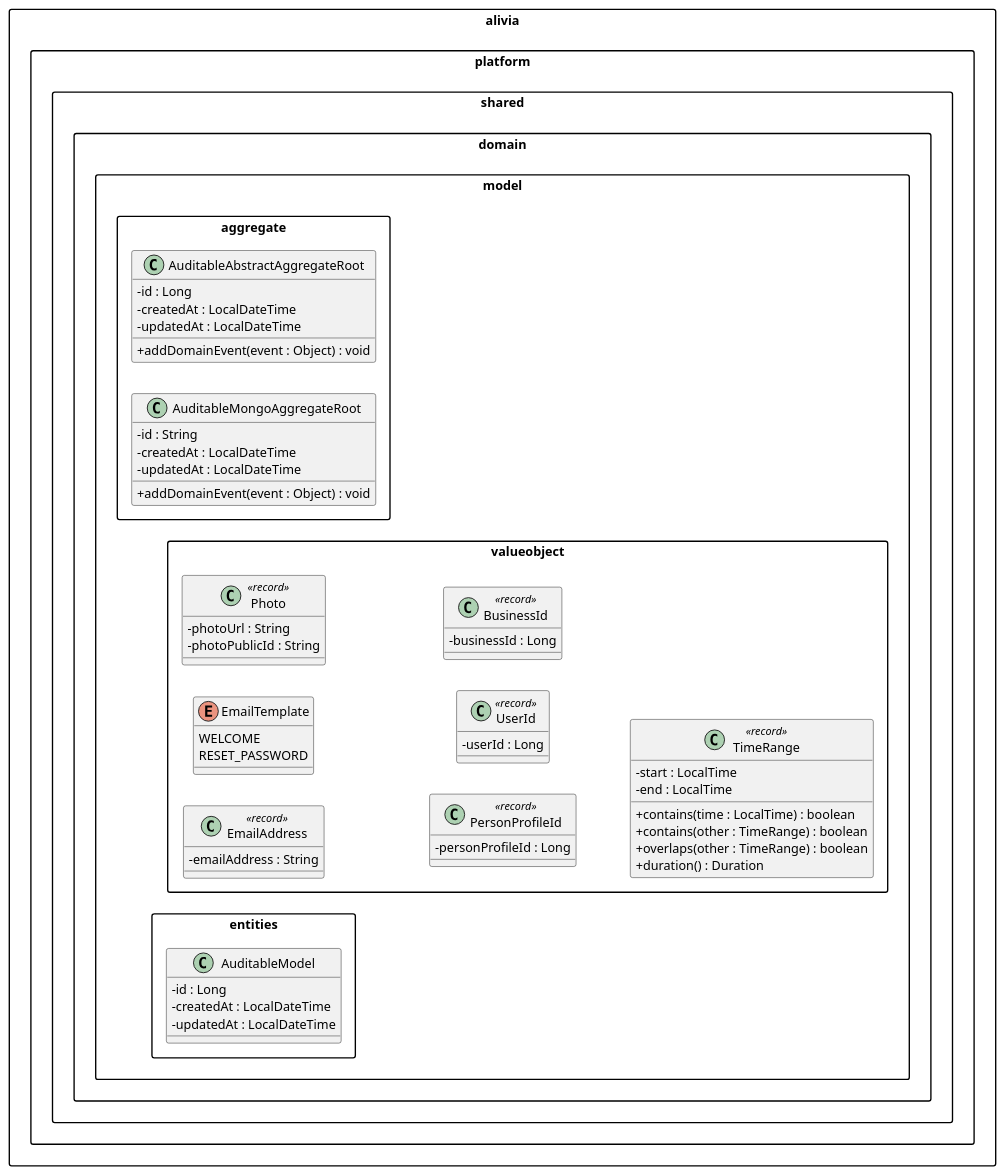
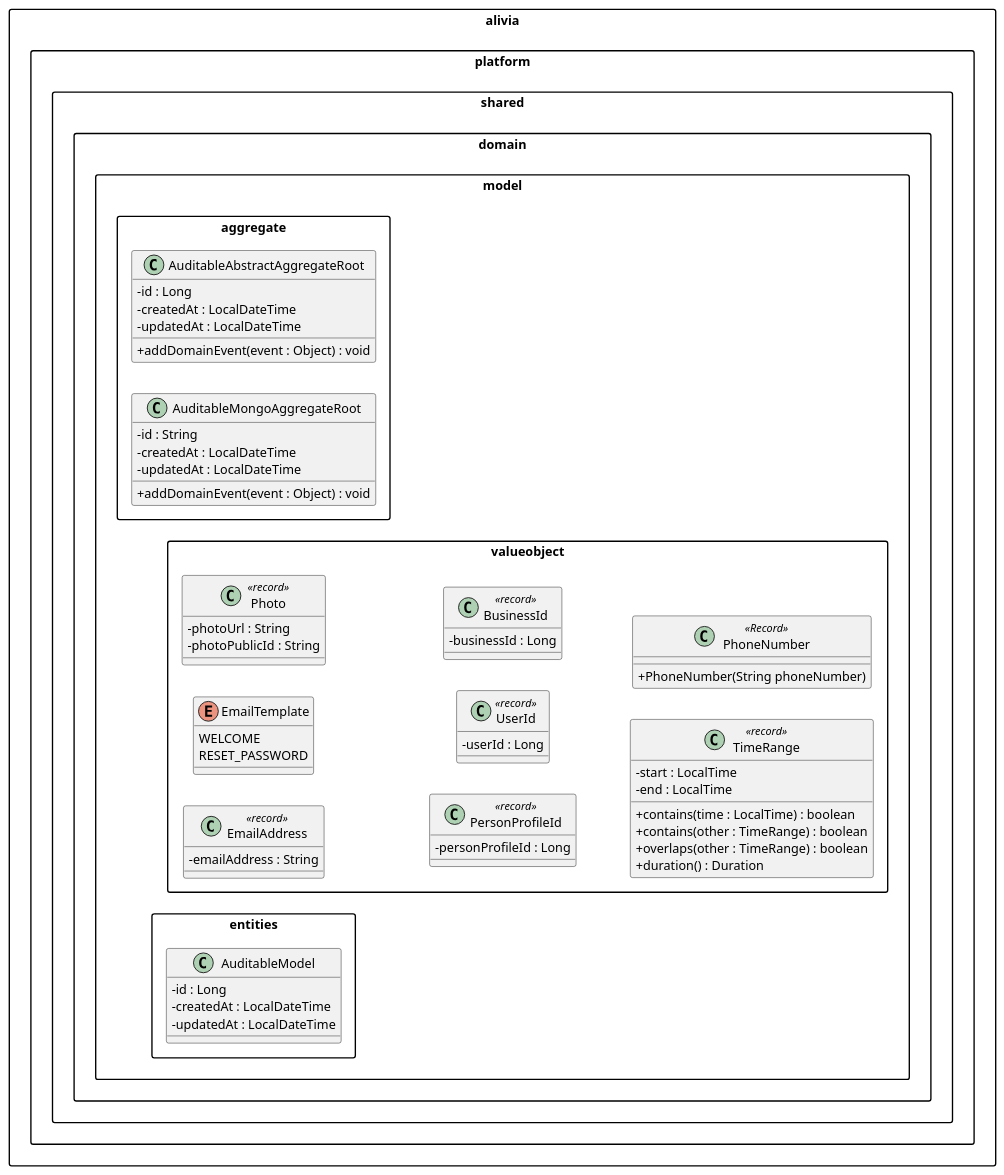
Before and after one commit to resolum/aliva-documentation: the diagram in images/diagrams/code/shared/shared-backend-diagram.puml, drawn with PlantUML. The commit also changed 1 other file, not shown here.

Commit message:
feat(domain-diagrams): enhance Profiles and shared backend diagrams with detailed attributes, commands, and value objects

```diff
--- a/images/diagrams/code/shared/shared-backend-diagram.puml
+++ b/images/diagrams/code/shared/shared-backend-diagram.puml
@@ -1,72 +1,76 @@
 @startuml
 skinparam classAttributeIconSize 0
 skinparam packageStyle rectangle
 left to right direction
 
 package alivia.platform.shared {
 
   package domain.model.aggregate {
 
     class AuditableAbstractAggregateRoot {
       - id : Long
       - createdAt : LocalDateTime
       - updatedAt : LocalDateTime
       + addDomainEvent(event : Object) : void
     }
 
     class AuditableMongoAggregateRoot {
       - id : String
       - createdAt : LocalDateTime
       - updatedAt : LocalDateTime
       + addDomainEvent(event : Object) : void
     }
   }
 
   package domain.model.valueobject {
 
     class EmailAddress <<record>> {
       - emailAddress : String
     }
 
     enum EmailTemplate {
       WELCOME
       RESET_PASSWORD
     }
 
     class Photo <<record>> {
       - photoUrl : String
       - photoPublicId : String
     }
 
     class PersonProfileId <<record>> {
       - personProfileId : Long
     }
 
     class UserId <<record>> {
       - userId : Long
     }
 
     class BusinessId <<record>> {
       - businessId : Long
     }
 
     class TimeRange <<record>> {
       - start : LocalTime
       - end : LocalTime
       + contains(time : LocalTime) : boolean
       + contains(other : TimeRange) : boolean
       + overlaps(other : TimeRange) : boolean
       + duration() : Duration
     }
+
+     class PhoneNumber <<Record>> {
+          + PhoneNumber(String phoneNumber)
+        }
   }
 
   package domain.model.entities {
 
     class AuditableModel {
       - id : Long
       - createdAt : LocalDateTime
       - updatedAt : LocalDateTime
     }
   }
 }
 @enduml
```
